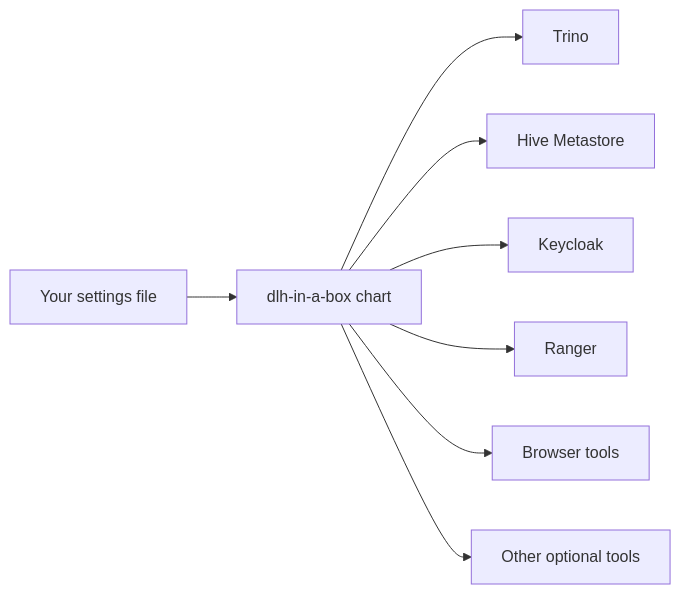
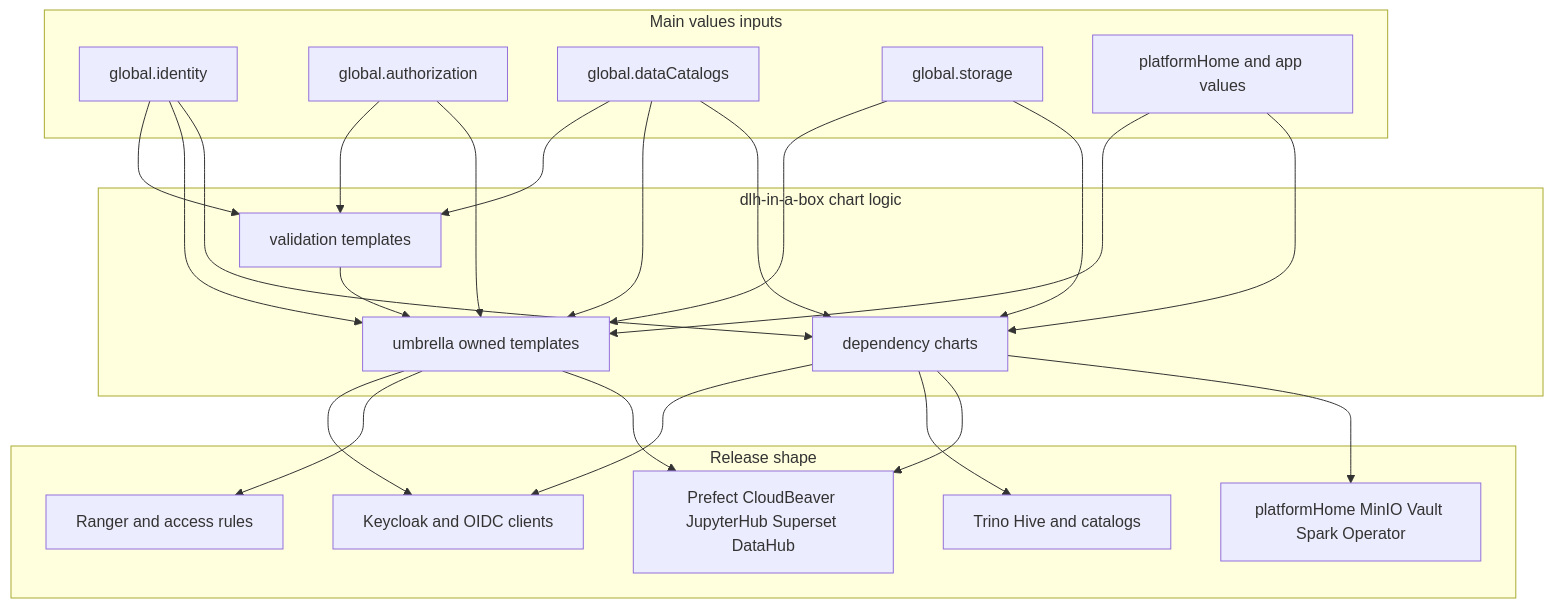
Before and after one commit to sanger-pathogens/dlh-in-a-box-umbrella-helm-chart: the diagram in charts/dlh-in-a-box/README.md, drawn with Mermaid. The commit also changed other lines of this file and 34 other files, not shown here.

Commit message:
docs: expand repo guides and add umbrella chart manual

````diff
--- a/charts/dlh-in-a-box/README.md
+++ b/charts/dlh-in-a-box/README.md
@@ -12,10 +38,45 @@
 ```mermaid
-flowchart LR
-  Values[Your settings file] --> Chart[dlh-in-a-box chart]
-  Chart --> Trino[Trino]
-  Chart --> Hive[Hive Metastore]
-  Chart --> Keycloak[Keycloak]
-  Chart --> Ranger[Ranger]
-  Chart --> Browser[Browser tools]
-  Chart --> Extras[Other optional tools]
+flowchart TD
+  subgraph Inputs["Main values inputs"]
+    Identity[global.identity]
+    Authorization[global.authorization]
+    Catalogs[global.dataCatalogs]
+    Storage[global.storage]
+    AppValues[platformHome and app values]
+  end
+
+  subgraph ChartLogic["dlh-in-a-box chart logic"]
+    Validation[validation templates]
+    UmbrellaTemplates[umbrella owned templates]
+    DependencyCharts[dependency charts]
+  end
+
+  subgraph Runtime["Release shape"]
+    IdentityRuntime[Keycloak and OIDC clients]
+    AccessRuntime[Ranger and access rules]
+    DataRuntime[Trino Hive and catalogs]
+    AppRuntime[Prefect CloudBeaver JupyterHub Superset DataHub]
+    PlatformRuntime[platformHome MinIO Vault Spark Operator]
+  end
+
+  Identity --> Validation
+  Authorization --> Validation
+  Catalogs --> Validation
+  Identity --> UmbrellaTemplates
+  Authorization --> UmbrellaTemplates
+  Catalogs --> UmbrellaTemplates
+  Storage --> UmbrellaTemplates
+  AppValues --> UmbrellaTemplates
+  Identity --> DependencyCharts
+  Catalogs --> DependencyCharts
+  Storage --> DependencyCharts
+  AppValues --> DependencyCharts
+  Validation --> UmbrellaTemplates
+  UmbrellaTemplates --> IdentityRuntime
+  UmbrellaTemplates --> AccessRuntime
+  UmbrellaTemplates --> AppRuntime
+  DependencyCharts --> IdentityRuntime
+  DependencyCharts --> DataRuntime
+  DependencyCharts --> AppRuntime
+  DependencyCharts --> PlatformRuntime
 ```
````
